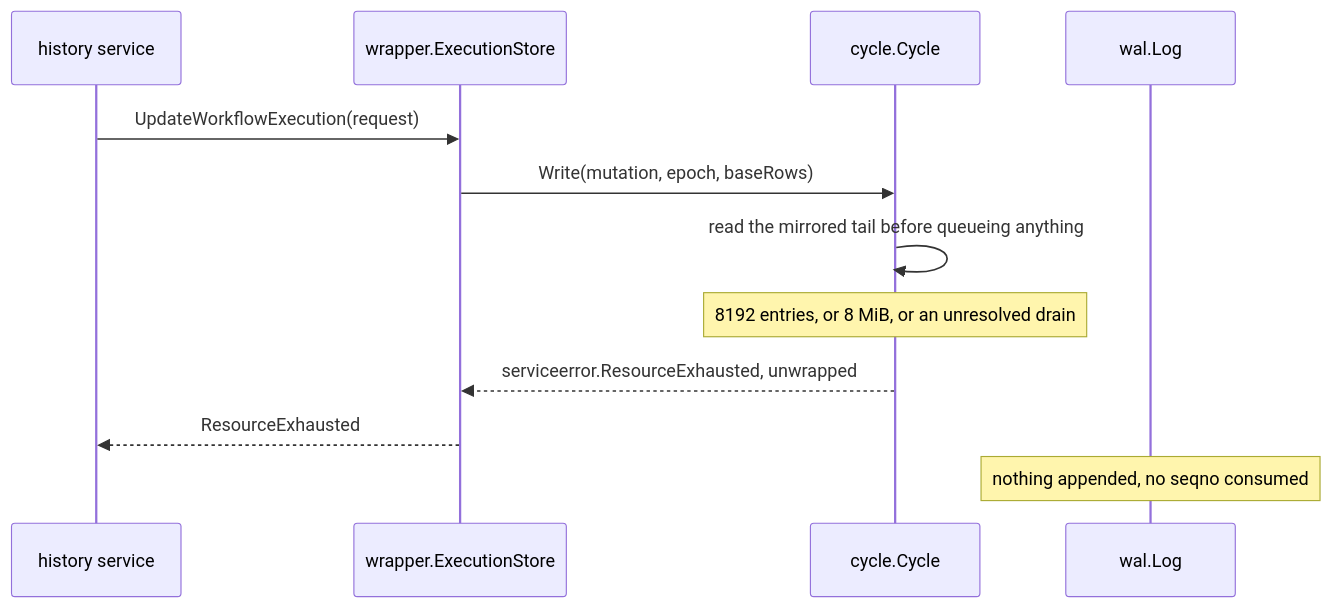
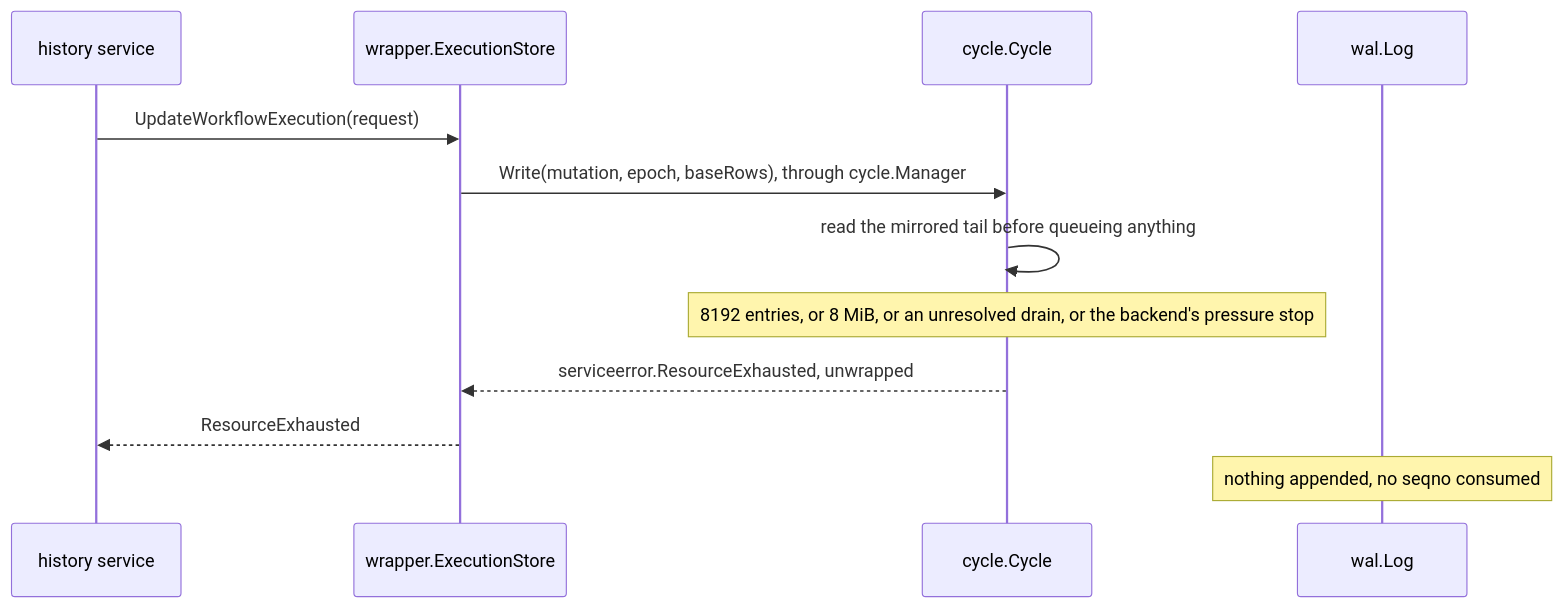
One commit to aromanovich/waltz changed the sixth of 10 diagrams in docs/handbook/05-write-path.md. Above: the diagram before and after it, drawn with Mermaid. The commit also changed other lines of this file and 42 other files, not shown here.

````diff
--- a/docs/handbook/05-write-path.md
+++ b/docs/handbook/05-write-path.md
@@ -400,15 +408,15 @@
 ```mermaid
 sequenceDiagram
   participant HS as history service
   participant ES as wrapper.ExecutionStore
   participant CY as cycle.Cycle
   participant LOG as wal.Log
 
   HS->>ES: UpdateWorkflowExecution(request)
-  ES->>CY: Write(mutation, epoch, baseRows)
+  ES->>CY: Write(mutation, epoch, baseRows), through cycle.Manager
   CY->>CY: read the mirrored tail before queueing anything
-  Note over CY: 8192 entries, or 8 MiB, or an unresolved drain
+  Note over CY: 8192 entries, or 8 MiB, or an unresolved drain, or the backend's pressure stop
   CY-->>ES: serviceerror.ResourceExhausted, unwrapped
   ES-->>HS: ResourceExhausted
   Note over LOG: nothing appended, no seqno consumed
 ```
````
